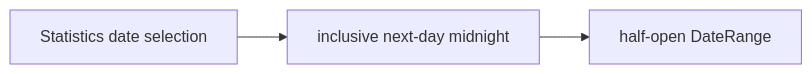
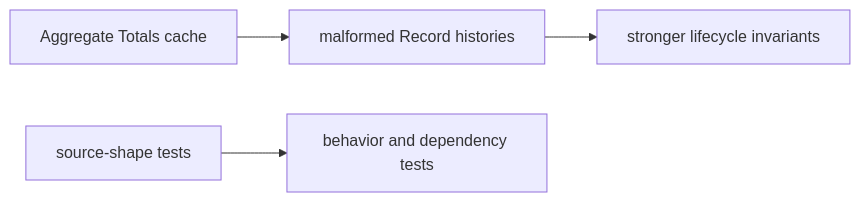
One commit to Guoyuer/eventTracker changed the sixth of 6 diagrams in docs/architecture/module-flow.md. Above: the diagram before and after it, drawn with Mermaid. The commit also changed other lines of this file and 14 other files, not shown here.

Commit message:
Make statistics ranges half-open

````diff
--- a/docs/architecture/module-flow.md
+++ b/docs/architecture/module-flow.md
@@ -154,5 +170,6 @@
 ```mermaid
 flowchart LR
-  StatisticsRange["Statistics date selection"] --> Inclusive["inclusive next-day midnight"]
-  Inclusive --> HalfOpen["half-open DateRange"]
+  AggregateCache["Aggregate Totals cache"] --> Malformed["malformed Record histories"]
+  Malformed --> Invariants["stronger lifecycle invariants"]
+  SourceShape["source-shape tests"] --> Behavior["behavior and dependency tests"]
 ```
````
